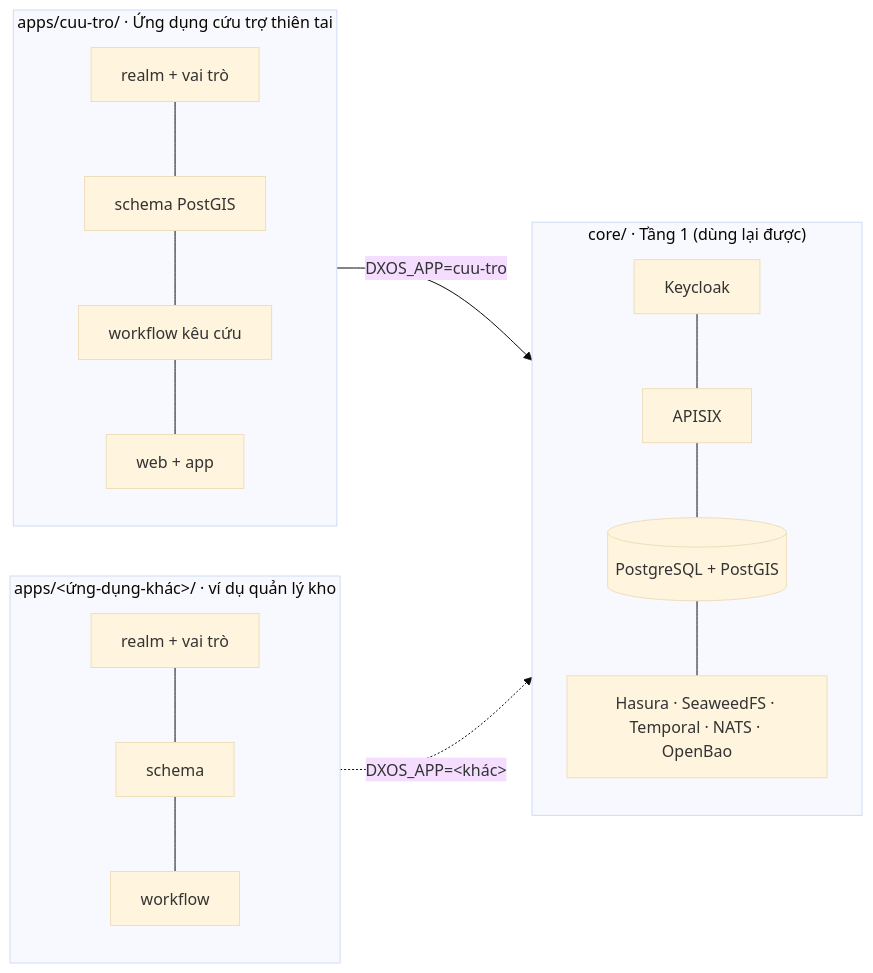
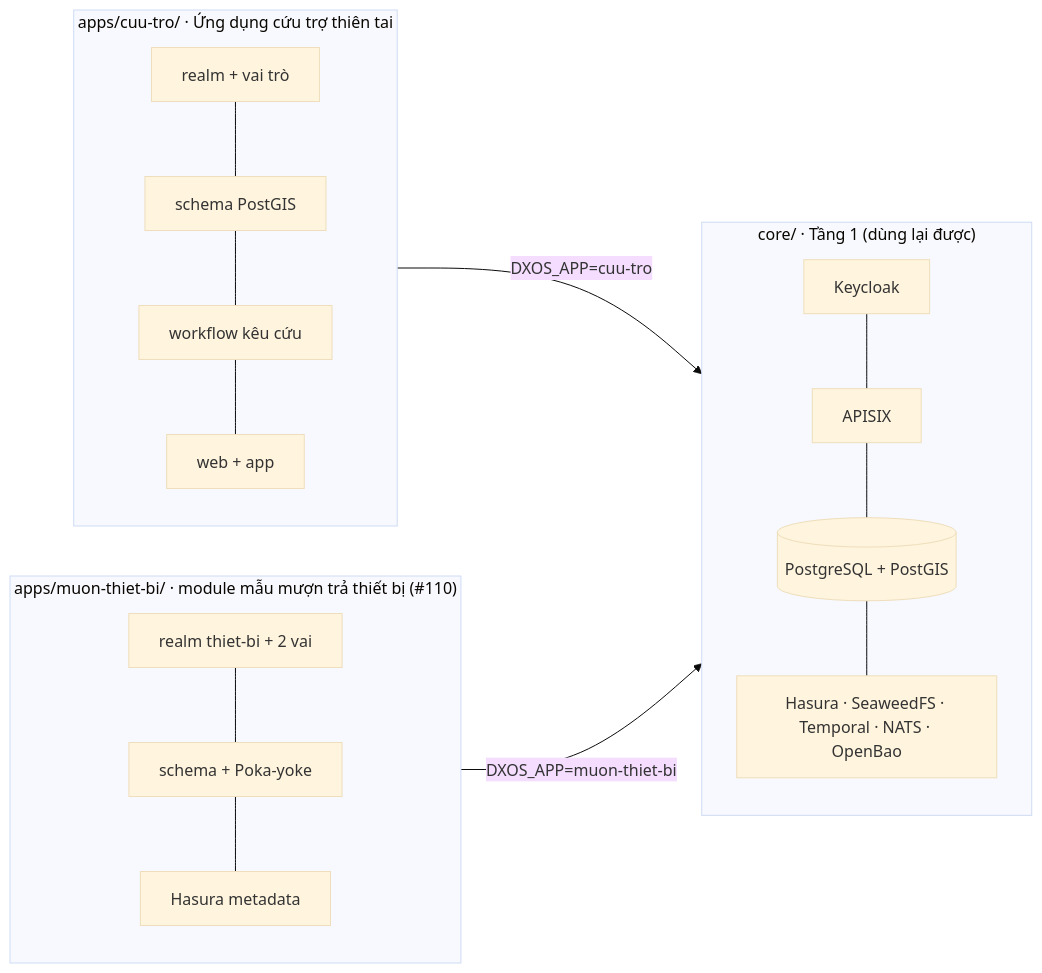
Diagram 15 of 22 in docs/architecture.md (disaster-dxos/disaster-dxos), drawn with Mermaid (base theme) before and after one commit. The commit also changed other lines of this file and 21 other files, not shown here.

First line of the commit message:
feat(apps): hướng dẫn viết module cắm–rút và module mẫu mượn trả thiết bị chạy trên lõi không sửa core (#110)

````diff
--- a/docs/architecture.md
+++ b/docs/architecture.md
@@ -734,14 +734,14 @@
 ```mermaid
 flowchart LR
   subgraph core["core/ · Tầng 1 (dùng lại được)"]
     kc[Keycloak] --- gw[APISIX] --- db[(PostgreSQL + PostGIS)] --- more["Hasura · SeaweedFS · Temporal · NATS · OpenBao"]
   end
   subgraph a1["apps/cuu-tro/ · Ứng dụng cứu trợ thiên tai"]
     r1["realm + vai trò"] --- s1["schema PostGIS"] --- w1["workflow kêu cứu"] --- u1["web + app"]
   end
-  subgraph a2["apps/&lt;ứng-dụng-khác&gt;/ · ví dụ quản lý kho"]
-    r2["realm + vai trò"] --- s2["schema"] --- w2["workflow"]
+  subgraph a2["apps/muon-thiet-bi/ · module mẫu mượn trả thiết bị (#110)"]
+    r2["realm thiet-bi + 2 vai"] --- s2["schema + Poka-yoke"] --- h2["Hasura metadata"]
   end
   a1 -->|"DXOS_APP=cuu-tro"| core
-  a2 -.->|"DXOS_APP=&lt;khác&gt;"| core
+  a2 -->|"DXOS_APP=muon-thiet-bi"| core
 ```
````
